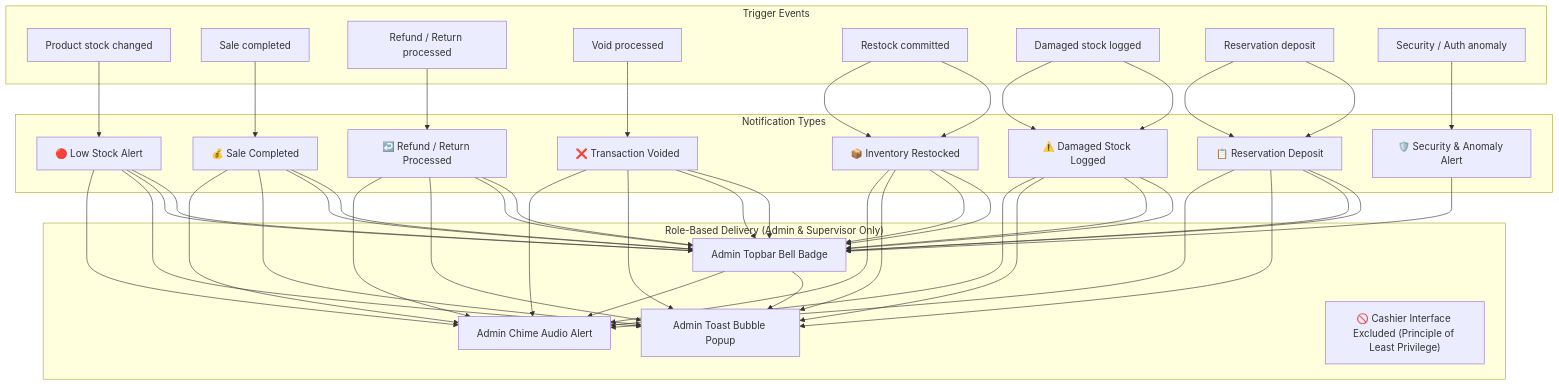
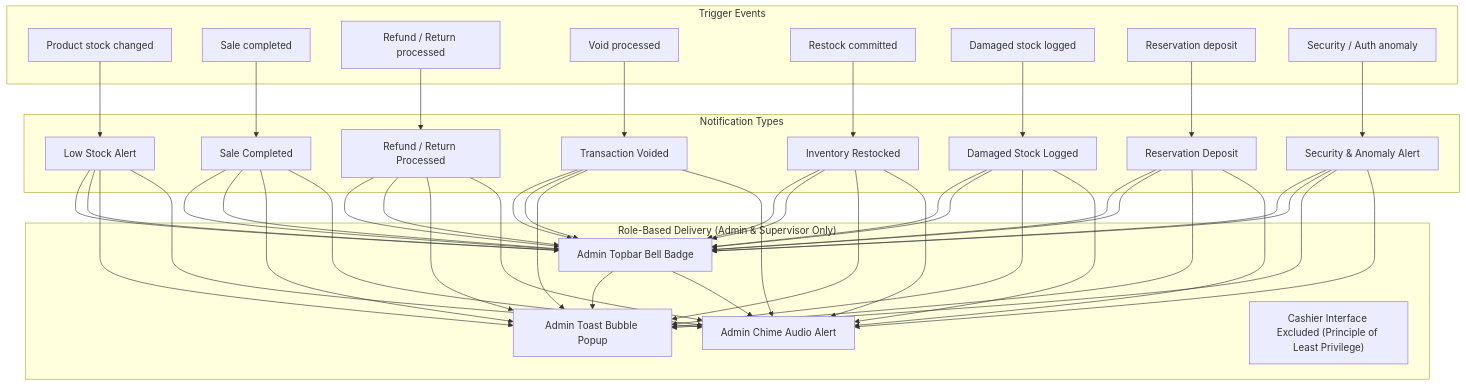
Before and after one commit to martinitokristan-dev/ZTG-POS-With-Smart-Inventory: the ninth of 13 diagrams in docs/SystemLogicFlows.md, drawn with Mermaid. The commit also changed other lines of this file and 7 other files, not shown here.

````diff
--- a/docs/SystemLogicFlows.md
+++ b/docs/SystemLogicFlows.md
@@ -1499,59 +1511,56 @@
 ```mermaid
 flowchart TD
     subgraph "Trigger Events"
         E1[Product stock changed]
         E2[Sale completed]
         E3[Refund / Return processed]
         E4[Void processed]
         E5[Restock committed]
         E6[Damaged stock logged]
         E7[Reservation deposit]
         E8[Security / Auth anomaly]
     end
 
     subgraph "Notification Types"
-        N1["🔴 Low Stock Alert"]
-        N2["💰 Sale Completed"]
-        N3["↩️ Refund / Return Processed"]
-        N4["❌ Transaction Voided"]
-        N5["📦 Inventory Restocked"]
-        N6["⚠️ Damaged Stock Logged"]
-        N7["📋 Reservation Deposit"]
-        N8["🛡️ Security & Anomaly Alert"]
+        N1["Low Stock Alert"]
+        N2["Sale Completed"]
+        N3["Refund / Return Processed"]
+        N4["Transaction Voided"]
+        N5["Inventory Restocked"]
+        N6["Damaged Stock Logged"]
+        N7["Reservation Deposit"]
+        N8["Security & Anomaly Alert"]
     end
 
     subgraph "Role-Based Delivery (Admin & Supervisor Only)"
         D1[Admin Topbar Bell Badge]
         D2[Admin Toast Bubble Popup]
         D3[Admin Chime Audio Alert]
-        D4["🚫 Cashier Interface Excluded (Principle of Least Privilege)"]
+        D4["Cashier Interface Excluded (Principle of Least Privilege)"]
     end
 
     E1 --> N1
     E2 --> N2
     E3 --> N3
     E4 --> N4
     E5 --> N5
     E6 --> N6
     E7 --> N7
     E8 --> N8
 
     N1 --> D1
     N2 --> D1
     N3 --> D1
     N4 --> D1
     N5 --> D1
     N6 --> D1
     N7 --> D1
     N8 --> D1
 
     D1 --> D2
     D1 --> D3
-    E5 --> N5
-    E6 --> N6
-    E7 --> N7
 
-    N1 & N2 & N3 & N4 & N5 & N6 & N7 --> D1
-    N1 & N2 & N3 & N4 & N5 & N6 & N7 --> D2
-    N1 & N2 & N3 & N4 & N5 & N6 & N7 --> D3
+    N1 & N2 & N3 & N4 & N5 & N6 & N7 & N8 --> D1
+    N1 & N2 & N3 & N4 & N5 & N6 & N7 & N8 --> D2
+    N1 & N2 & N3 & N4 & N5 & N6 & N7 & N8 --> D3
 ```
````
